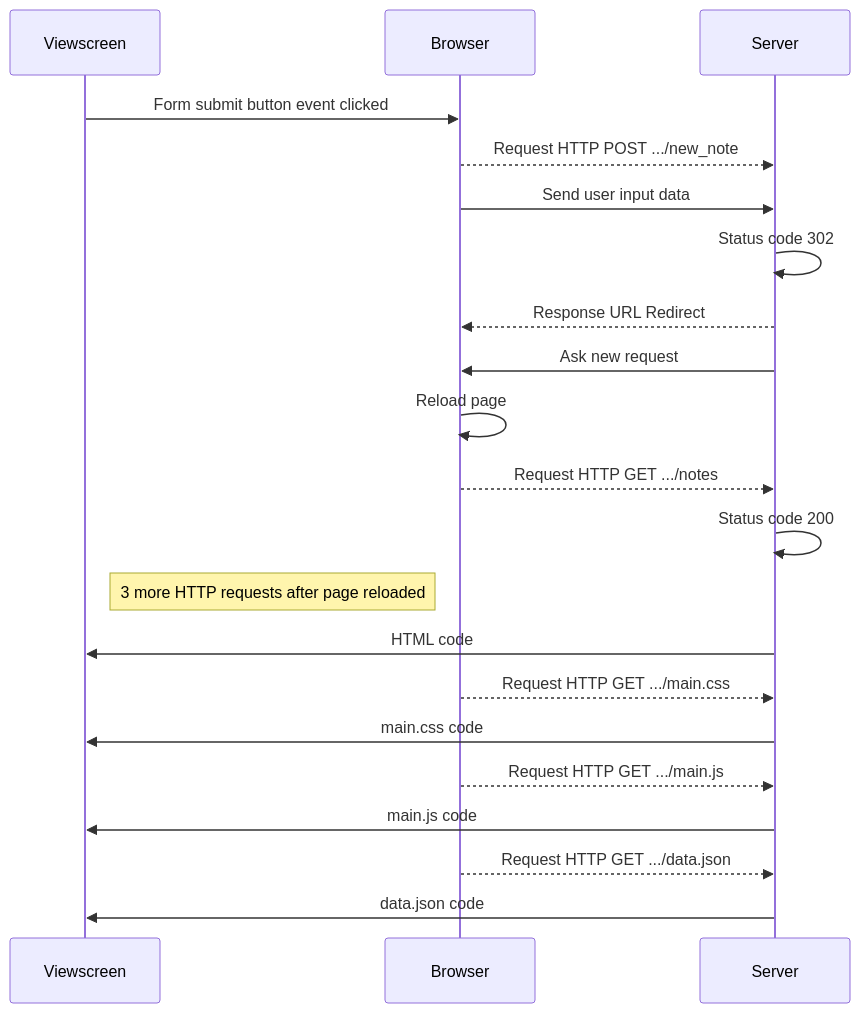
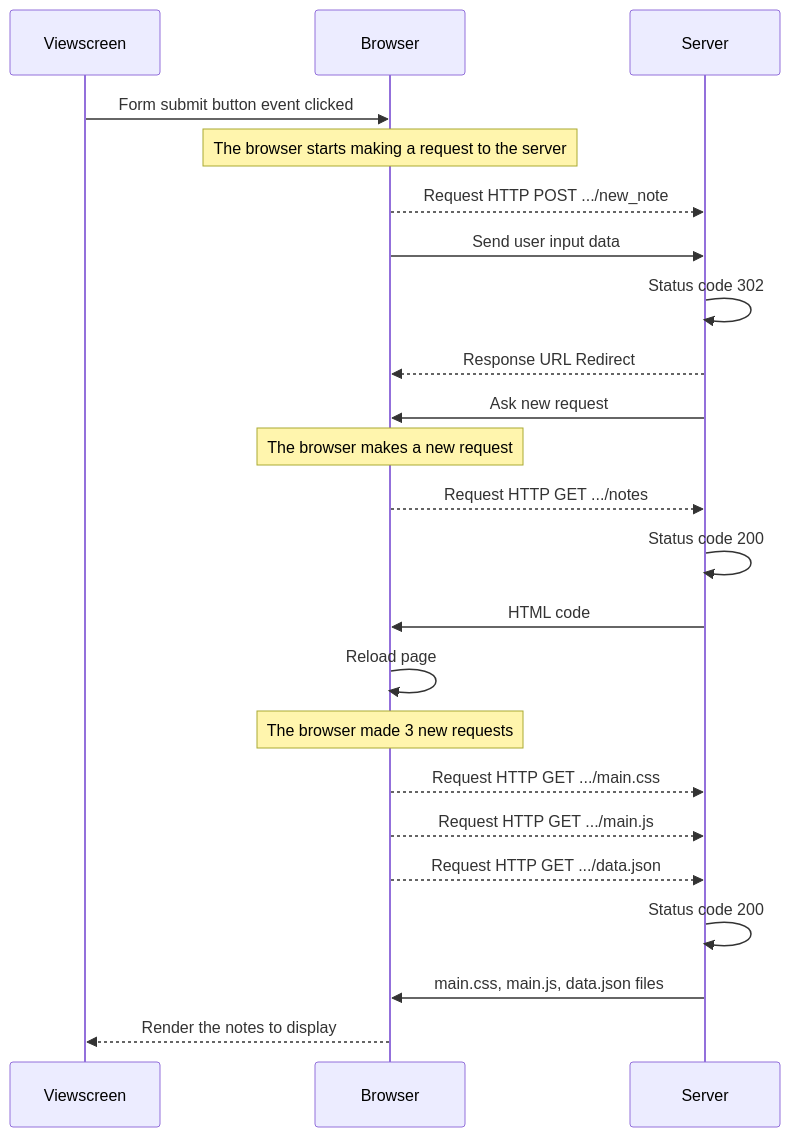
Before and after one commit to firashwirdad/Full-Stack-Open-2022: the first of 2 diagrams in part0/exercise.md, drawn with Mermaid. The commit also changed other lines of this file, not shown here.

````diff
--- a/part0/exercise.md
+++ b/part0/exercise.md
@@ -3,23 +3,25 @@
 ```mermaid
 sequenceDiagram
     participant Viewscreen
     participant Browser
     participant Server
     Viewscreen->>Browser: Form submit button event clicked
+    Note over Browser: The browser starts making a request to the server
     Browser-->>Server: Request HTTP POST .../new_note
     Browser->>Server: Send user input data
     Server->>Server: Status code 302
     Server-->>Browser: Response URL Redirect
     Server->>Browser: Ask new request
-    Browser->>Browser: Reload page
+    Note over Browser: The browser makes a new request
     Browser-->>Server: Request HTTP GET .../notes
     Server->>Server: Status code 200
-    Note left of Browser: 3 more  HTTP requests after page reloaded
-    Server->>Viewscreen: HTML code
+    Server->>Browser: HTML code
+    Browser->>Browser: Reload page
+    Note over Browser: The browser made 3 new requests
     Browser-->>Server: Request HTTP GET .../main.css
-    Server->>Viewscreen: main.css code
     Browser-->>Server: Request HTTP GET .../main.js
-    Server->>Viewscreen: main.js code
     Browser-->>Server: Request HTTP GET .../data.json
-    Server->>Viewscreen: data.json code
+    Server->>Server: Status code 200
+    Server->>Browser: main.css, main.js, data.json files
+    Browser-->>Viewscreen: Render the notes to display
 ```
````
